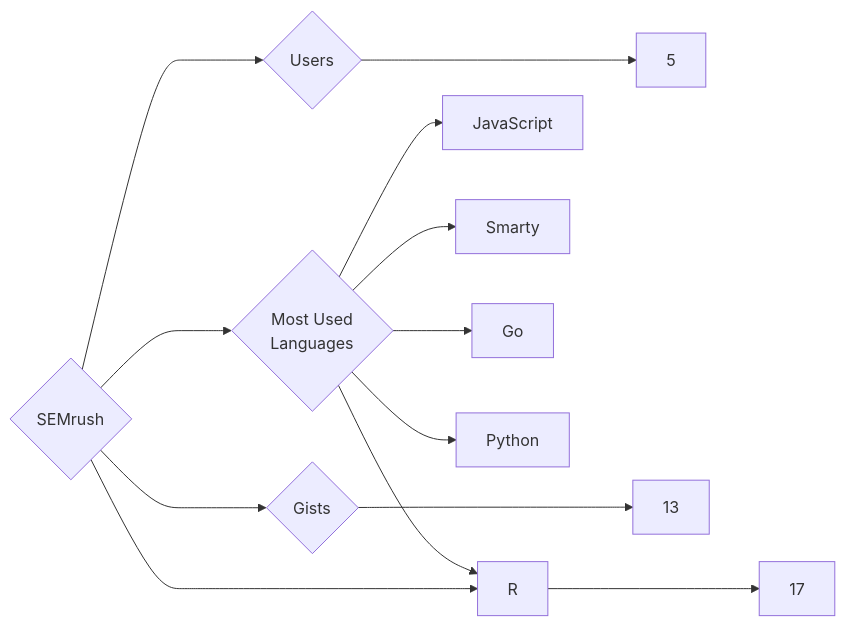
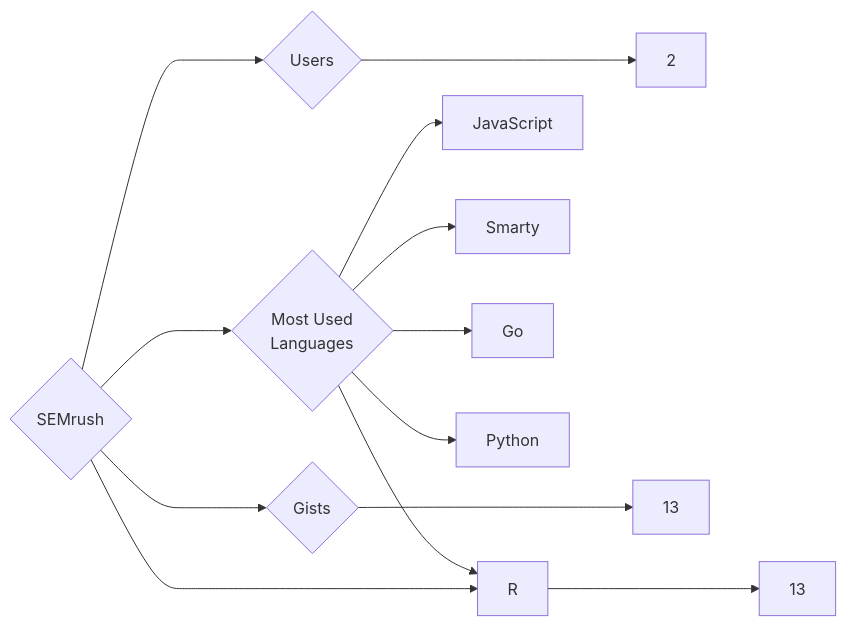
One commit to trickest/insiders changed the diagram in targets/SEMrush/README.md. Above: the diagram before and after it, drawn with Mermaid. The commit also changed 1496 other files, not shown here.

````diff
--- a/targets/SEMrush/README.md
+++ b/targets/SEMrush/README.md
@@ -3,13 +3,13 @@
 ```mermaid
 graph LR
 COMPANY_NAME{SEMrush}
-COMPANY_NAME ---> U{Users} ---> UN[5]
-COMPANY_NAME ---> R{Repositories} ---> RN[17]
+COMPANY_NAME ---> U{Users} ---> UN[2]
+COMPANY_NAME ---> R{Repositories} ---> RN[13]
 COMPANY_NAME ---> G{Gists} ---> GN[13]
 COMPANY_NAME ---> ML{Most Used<br>Languages}
 ML --> JavaScript[JavaScript]
 ML --> Smarty[Smarty]
 ML --> Go[Go]
 ML --> R[R]
 ML --> Python[Python]
 ```
````
